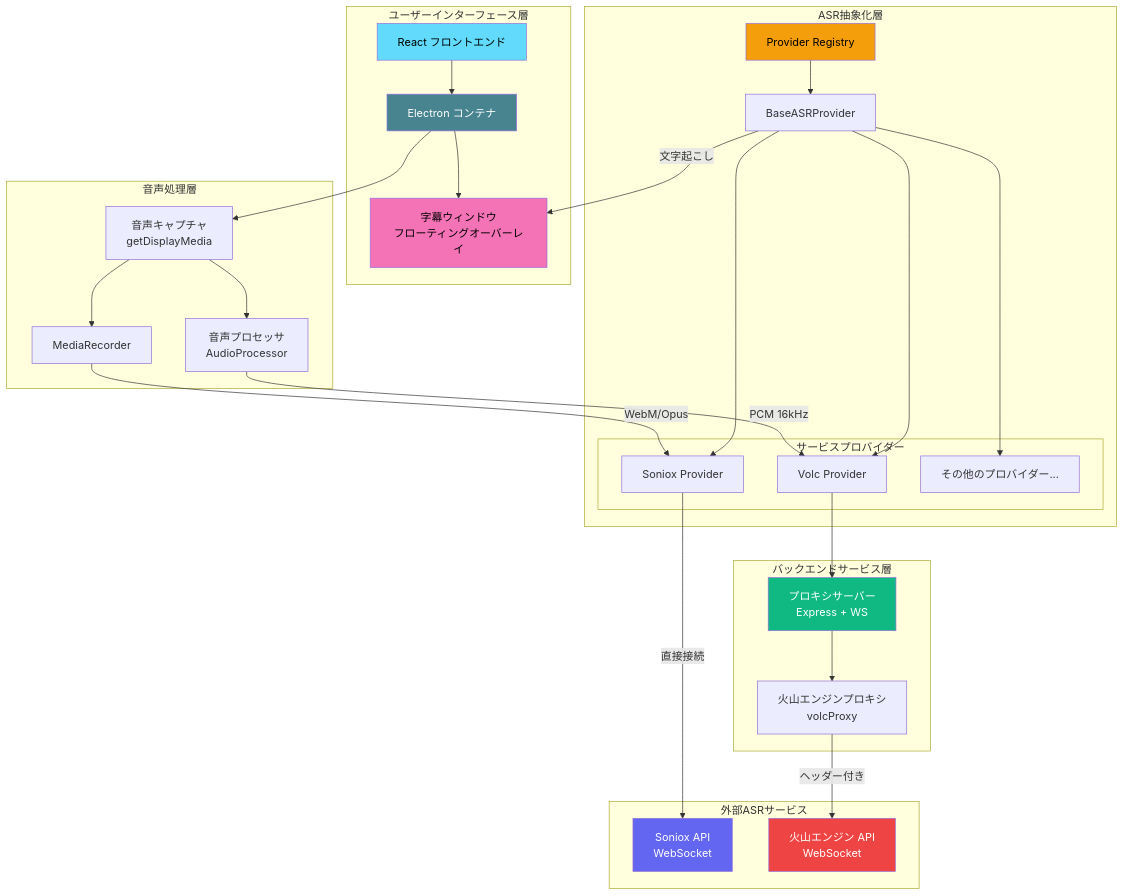
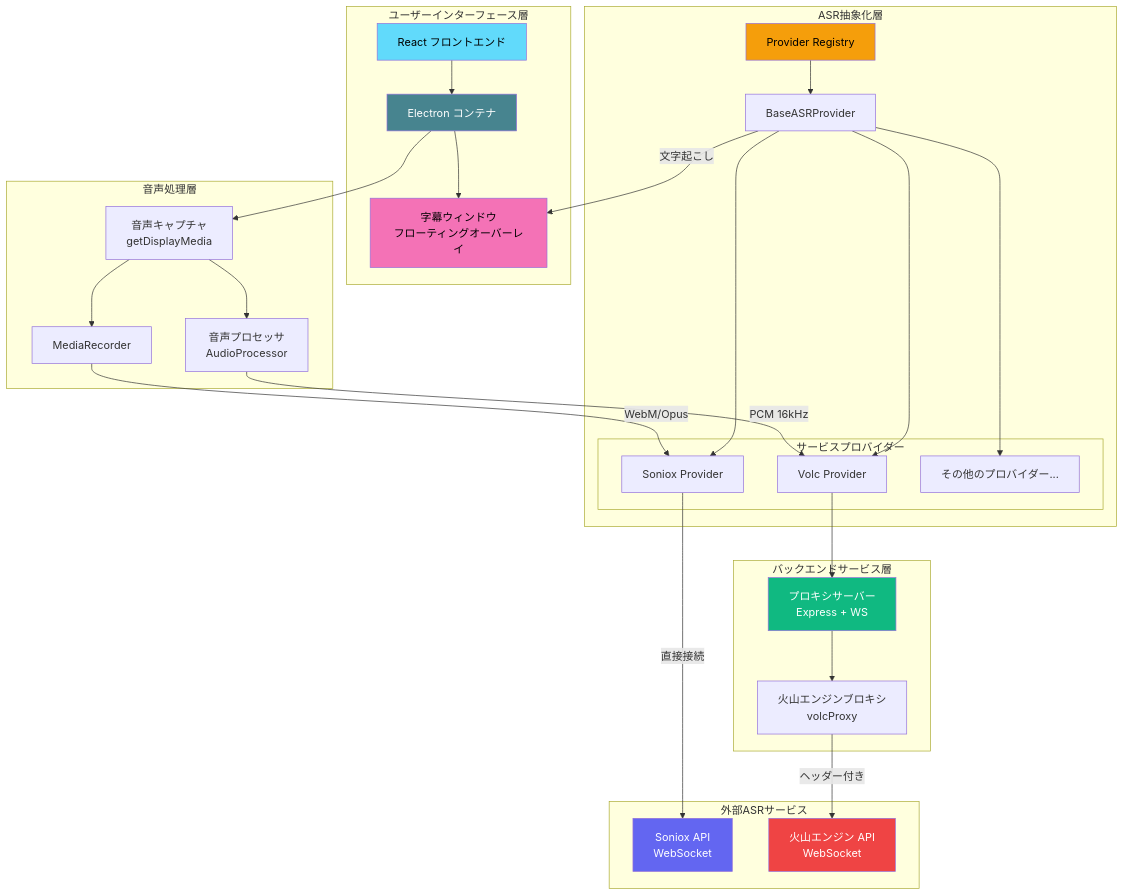
Before and after one commit to XimilalaXiang/DesktopLive: the diagram in README_JA.md, drawn with Mermaid. The commit also changed other lines of this file and 3 other files, not shown here.

````diff
--- a/README_JA.md
+++ b/README_JA.md
@@ -58,64 +57,64 @@
 ```mermaid
 graph TB
     subgraph "ユーザーインターフェース層"
         UI[React フロントエンド]
         EC[Electron コンテナ]
         CW[字幕ウィンドウ<br/>フローティングオーバーレイ]
     end
     
     subgraph "音声処理層"
         AC[音声キャプチャ<br/>getDisplayMedia]
         AP[音声プロセッサ<br/>AudioProcessor]
         MR[MediaRecorder]
     end
     
     subgraph "ASR抽象化層"
         PR[Provider Registry]
         BP[BaseASRProvider]
         
         subgraph "サービスプロバイダー"
             SP[Soniox Provider]
             VP[Volc Provider]
             MP[その他のプロバイダー...]
         end
     end
     
     subgraph "バックエンドサービス層"
         PS[プロキシサーバー<br/>Express + WS]
-        VC[火山エンジンプロキシ<br/>volcProxy]
+        VC[火山エンジンブロキシ<br/>volcProxy]
     end
     
     subgraph "外部ASRサービス"
         SONIOX[Soniox API<br/>WebSocket]
         VOLC[火山エンジン API<br/>WebSocket]
     end
     
     UI --> EC
     EC --> AC
     EC --> CW
     AC --> AP
     AC --> MR
     
     AP -->|PCM 16kHz| VP
     MR -->|WebM/Opus| SP
     
     PR --> BP
     BP --> SP
     BP --> VP
     BP --> MP
     
     SP -->|直接接続| SONIOX
     VP --> PS
     PS --> VC
     VC -->|ヘッダー付き| VOLC
     
     BP -->|文字起こし| CW
     
     style UI fill:#61dafb,color:#000
     style EC fill:#47848f,color:#fff
     style CW fill:#f472b6,color:#000
     style PR fill:#f59e0b,color:#000
     style PS fill:#10b981,color:#fff
     style SONIOX fill:#6366f1,color:#fff
     style VOLC fill:#ef4444,color:#fff
 ```
````
